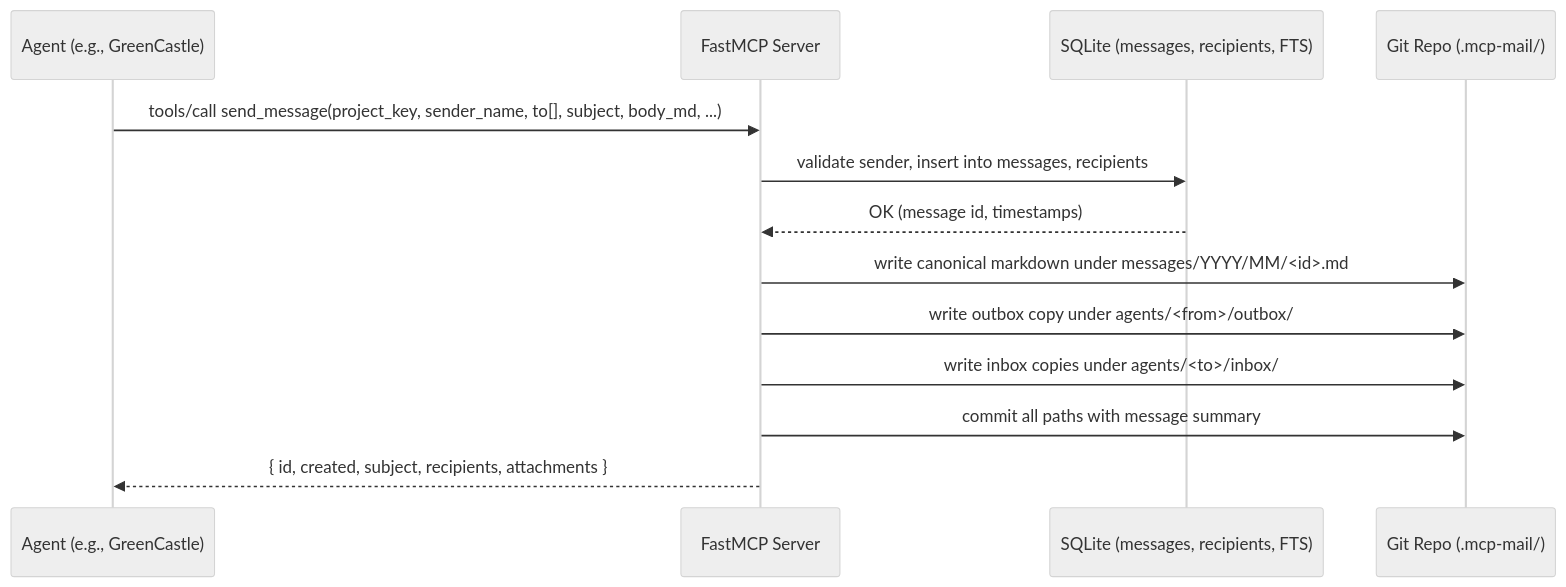
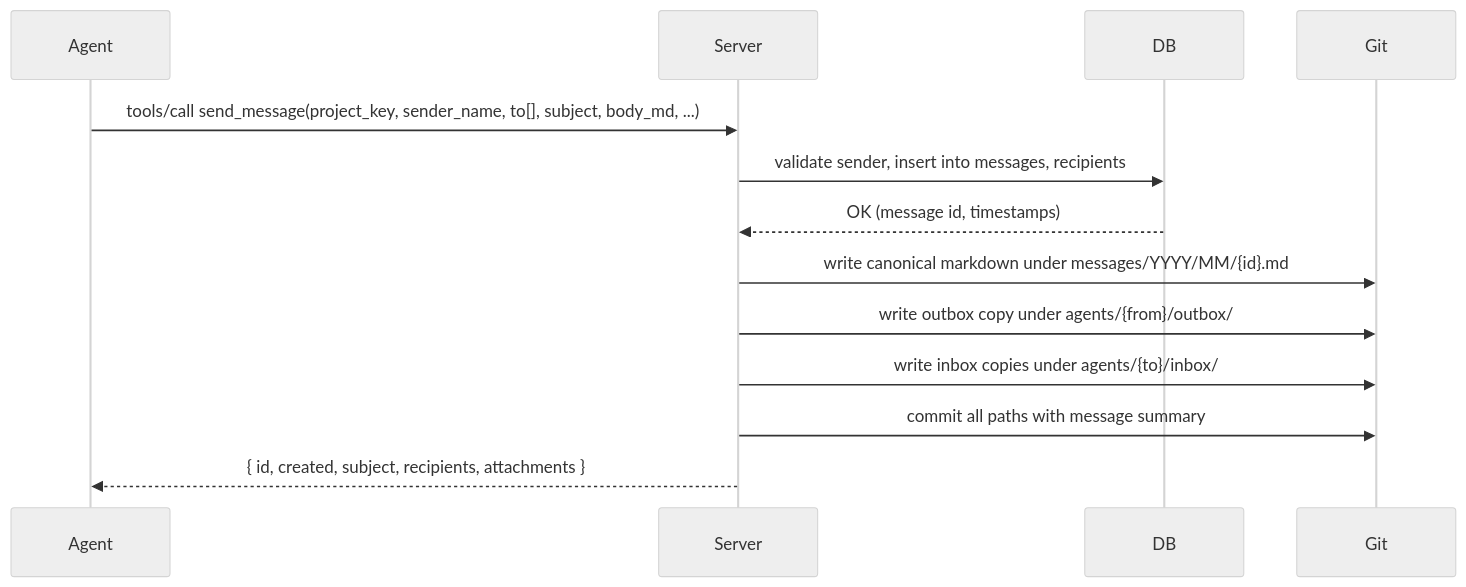
One commit to Dicklesworthstone/mcp_agent_mail changed the second of 4 diagrams in README.md. Above: the diagram before and after it, drawn with Mermaid (neutral theme). The commit also changed other lines of this file and 8 other files, not shown here.

First line of the commit message:
refactor(storage): unify all projects into single Git repo with descriptive filenames

````diff
--- a/README.md
+++ b/README.md
@@ -324,16 +327,16 @@
 ```mermaid
 sequenceDiagram
-  participant Agent as Agent (e.g., GreenCastle)
-  participant Server as FastMCP Server
-  participant DB as SQLite (messages, recipients, FTS)
-  participant Git as Git Repo (.mcp-mail/)
+  participant Agent
+  participant Server
+  participant DB
+  participant Git
 
   Agent->>Server: tools/call send_message(project_key, sender_name, to[], subject, body_md, ...)
   Server->>DB: validate sender, insert into messages, recipients
   DB-->>Server: OK (message id, timestamps)
-  Server->>Git: write canonical markdown under messages/YYYY/MM/<id>.md
-  Server->>Git: write outbox copy under agents/<from>/outbox/
-  Server->>Git: write inbox copies under agents/<to>/inbox/
+  Server->>Git: write canonical markdown under messages/YYYY/MM/{id}.md
+  Server->>Git: write outbox copy under agents/{from}/outbox/
+  Server->>Git: write inbox copies under agents/{to}/inbox/
   Server->>Git: commit all paths with message summary
   Server-->>Agent: { id, created, subject, recipients, attachments }
 ```
````
